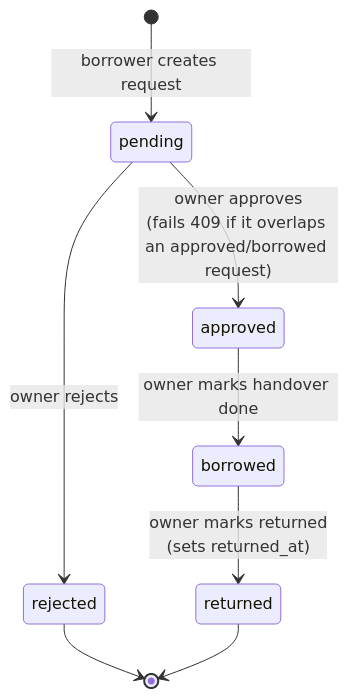
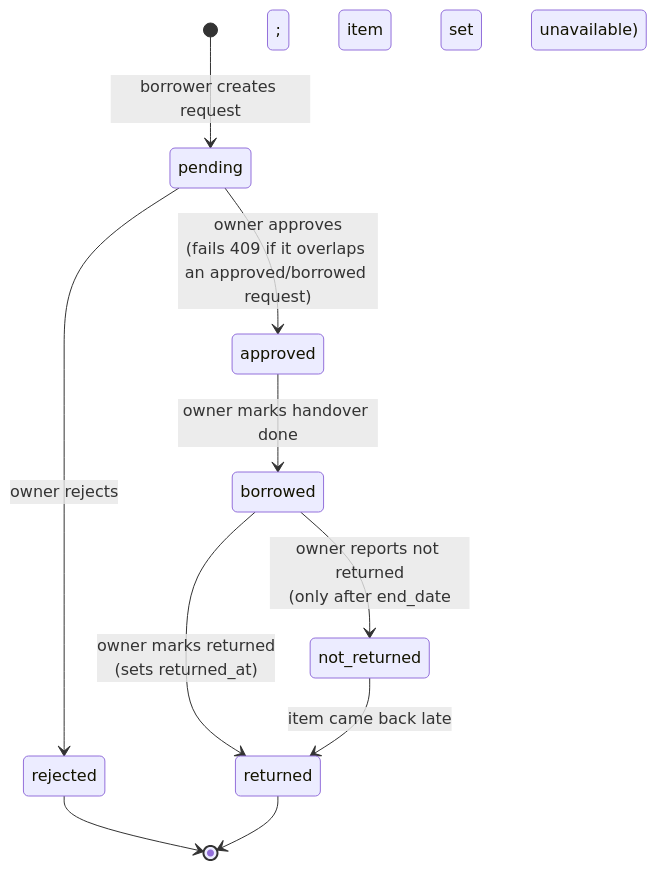
One commit to Vinothini-12/Borrow-buddy changed the diagram in docs/DATABASE.md. Above: the diagram before and after it, drawn with Mermaid. The commit also changed other lines of this file and 13 other files, not shown here.

First line of the commit message:
feat: overdue badges, borrower blocking and "not returned" reports

````diff
--- a/docs/DATABASE.md
+++ b/docs/DATABASE.md
@@ -98,10 +98,12 @@
 ```mermaid
 stateDiagram-v2
     [*] --> pending: borrower creates request
     pending --> approved: owner approves<br/>(fails 409 if it overlaps an approved/borrowed request)
     pending --> rejected: owner rejects
     approved --> borrowed: owner marks handover done
     borrowed --> returned: owner marks returned<br/>(sets returned_at)
+    borrowed --> not_returned: owner reports not returned<br/>(only after end_date; item set unavailable)
+    not_returned --> returned: item came back late
     rejected --> [*]
     returned --> [*]
 ```
````
